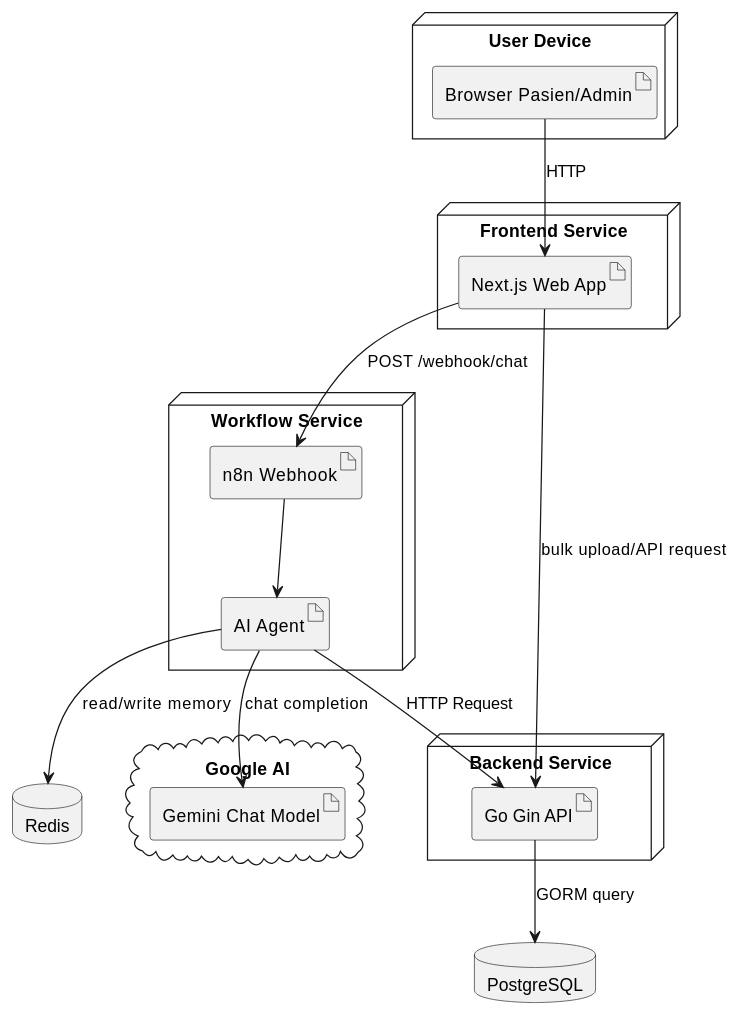
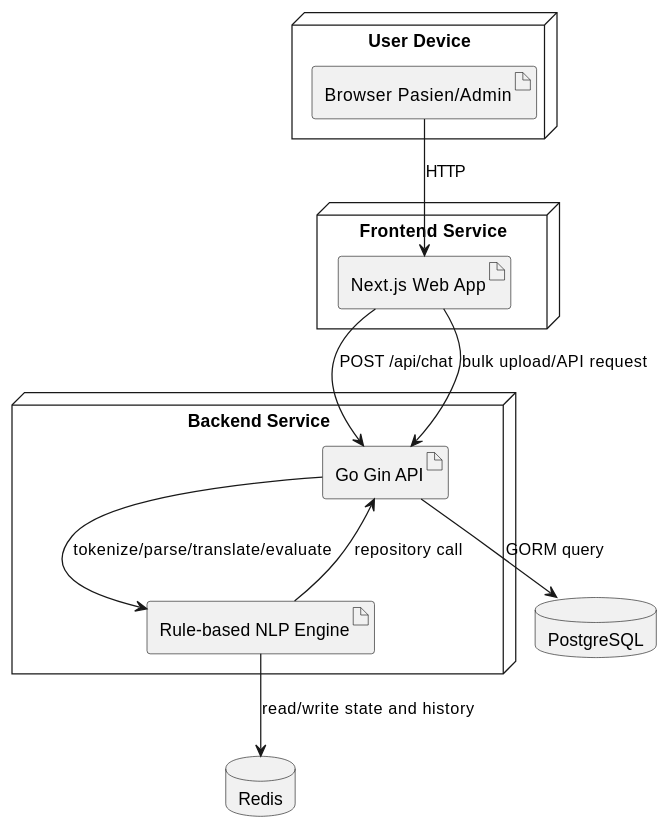
Before and after one commit to sudrajathadi/service-antrik-main: the sixth of 6 diagrams in LAPORAN_KKP_CHATBOT_ANTRIK.md, drawn with PlantUML. The commit also changed other lines of this file and 20 other files, not shown here.

````diff
--- a/LAPORAN_KKP_CHATBOT_ANTRIK.md
+++ b/LAPORAN_KKP_CHATBOT_ANTRIK.md
@@ -928,36 +1187,27 @@
 ```plantuml
 @startuml
 node "User Device" {
   artifact "Browser Pasien/Admin" as Browser
 }
 
 node "Frontend Service" {
   artifact "Next.js Web App" as FE
 }
 
-node "Workflow Service" {
-  artifact "n8n Webhook" as N8N
-  artifact "AI Agent" as Agent
-}
-
-cloud "Google AI" {
-  artifact "Gemini Chat Model" as Gemini
+node "Backend Service" {
+  artifact "Go Gin API" as API
+  artifact "Rule-based NLP Engine" as NLP
 }
 
 database "Redis" as Redis
-node "Backend Service" {
-  artifact "Go Gin API" as API
-}
-
 database "PostgreSQL" as DB
 
 Browser --> FE : HTTP
-FE --> N8N : POST /webhook/chat
+FE --> API : POST /api/chat
 FE --> API : bulk upload/API request
-N8N --> Agent
-Agent --> Gemini : chat completion
-Agent --> Redis : read/write memory
-Agent --> API : HTTP Request
+API --> NLP : tokenize/parse/translate/evaluate
+NLP --> Redis : read/write state and history
+NLP --> API : repository call
 API --> DB : GORM query
 @enduml
 ```
````
